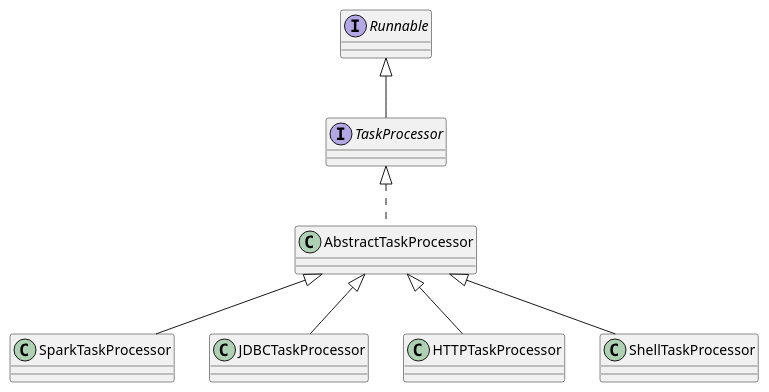
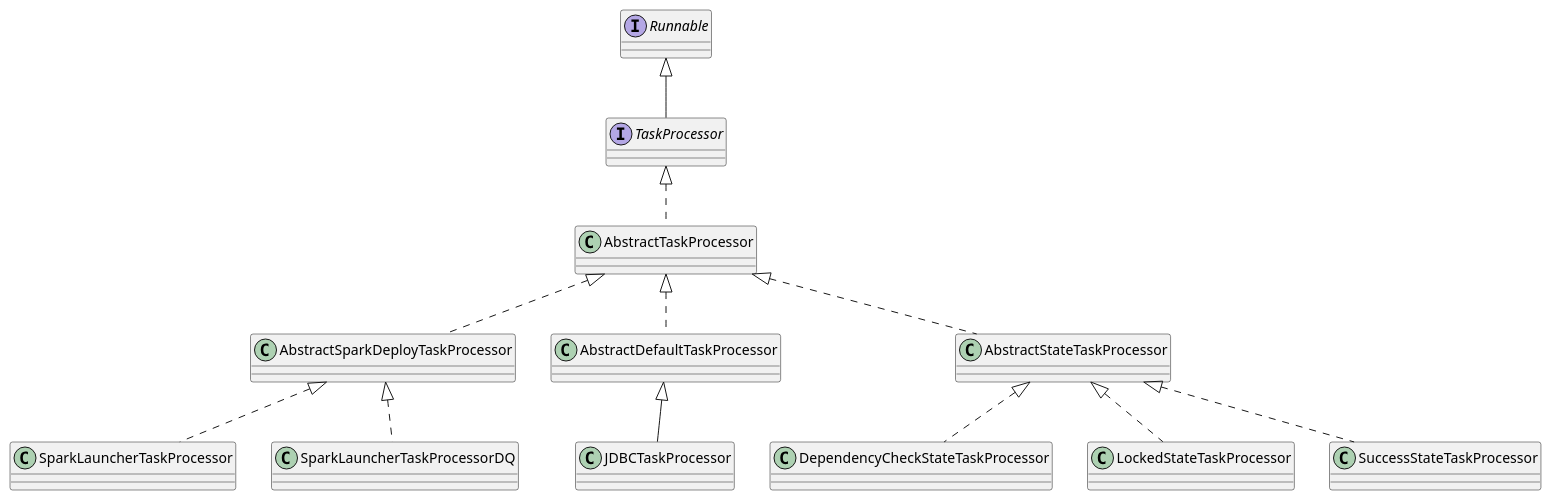
The diagram in lakehouse-task-executor-svc/uml/TaskProcessors.puml (zaytsevdmitry/lakehouse), drawn with PlantUML before and after one commit. The commit also changed 575 other files, not shown here.

```diff
--- a/lakehouse-task-executor-svc/uml/TaskProcessors.puml
+++ b/lakehouse-task-executor-svc/uml/TaskProcessors.puml
@@ -1,11 +1,19 @@
 @startuml
 interface TaskProcessor extends Runnable
 class AbstractTaskProcessor implements TaskProcessor
-class SparkTaskProcessor extends AbstractTaskProcessor 
-class JDBCTaskProcessor extends AbstractTaskProcessor 
-class HTTPTaskProcessor extends AbstractTaskProcessor 
-class ShellTaskProcessor extends AbstractTaskProcessor 
+class AbstractSparkDeployTaskProcessor implements AbstractTaskProcessor
+class AbstractDefaultTaskProcessor implements AbstractTaskProcessor
+class SparkLauncherTaskProcessor implements AbstractSparkDeployTaskProcessor
+class SparkLauncherTaskProcessorDQ implements AbstractSparkDeployTaskProcessor
+class AbstractStateTaskProcessor implements AbstractTaskProcessor
+class DependencyCheckStateTaskProcessor implements AbstractStateTaskProcessor
+class LockedStateTaskProcessor implements AbstractStateTaskProcessor
+class SuccessStateTaskProcessor implements AbstractStateTaskProcessor
+'class SparkTaskProcessor extends AbstractTaskProcessor
+class JDBCTaskProcessor extends AbstractDefaultTaskProcessor
+'class HTTPTaskProcessor extends AbstractTaskProcessor
+'class ShellTaskProcessor extends AbstractTaskProcessor
 
  
 '{} <- AbstractTaskProcessor{}
 @enduml 
```
